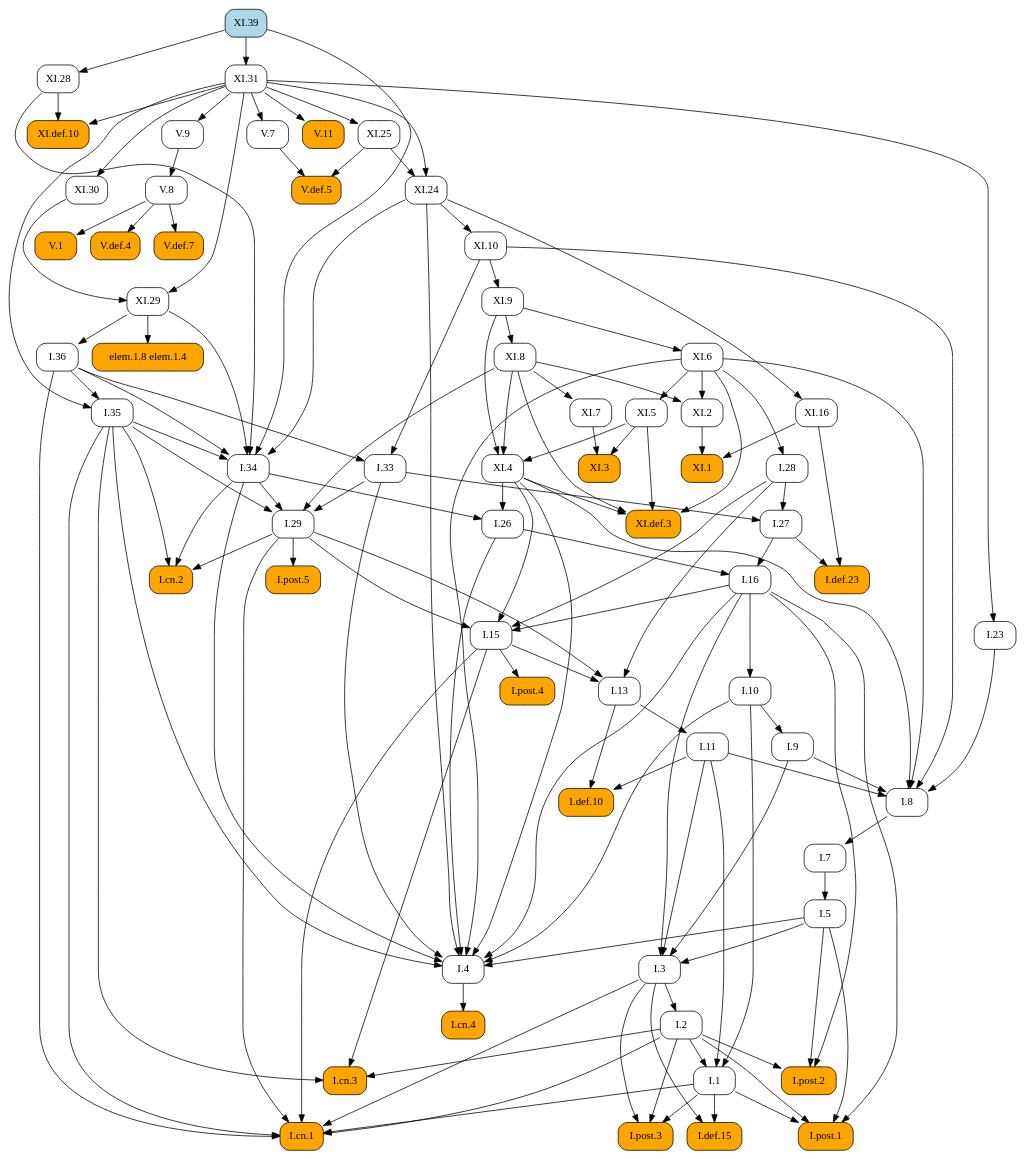
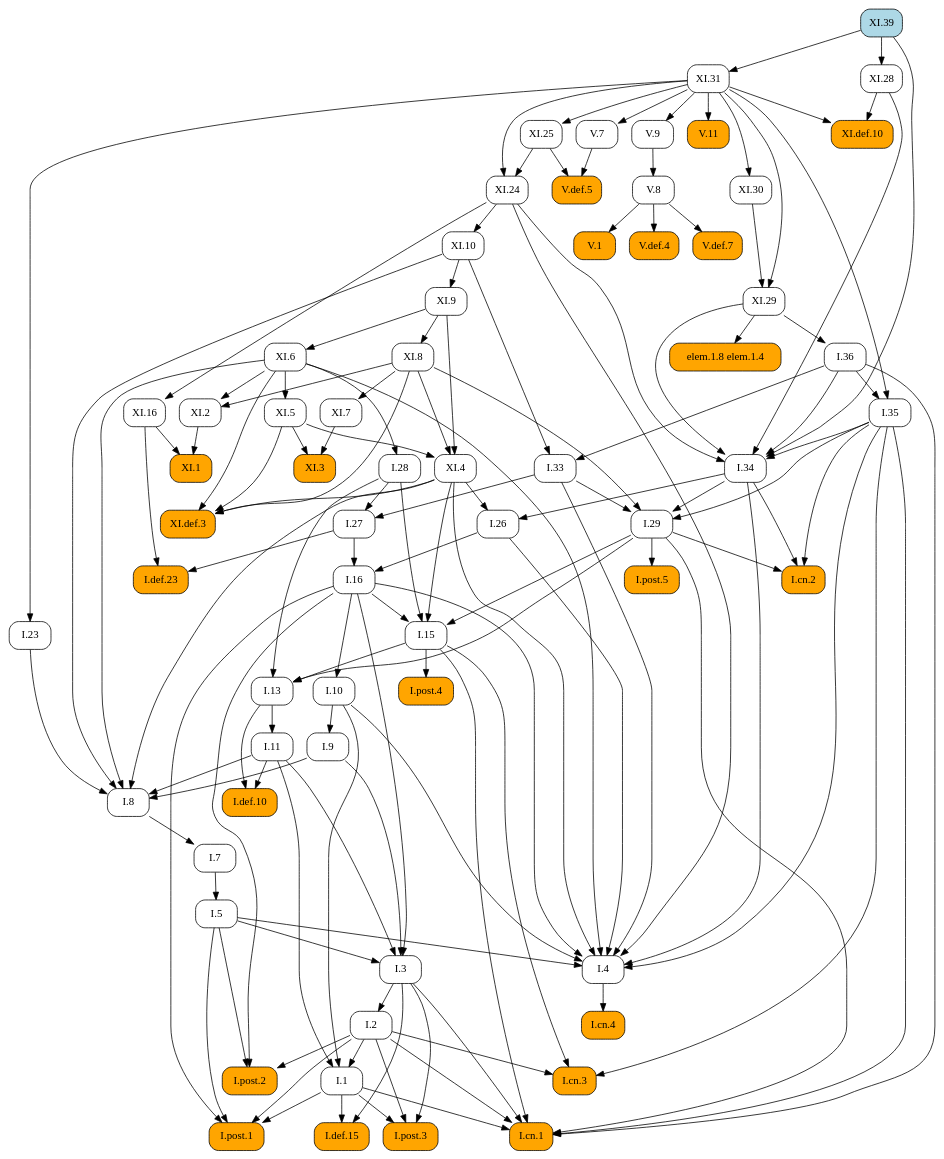
Before and after one commit to geometor/elements: the diagram in docsrc/heath/XI/39/index.rst, drawn with Graphviz. The commit also changed other lines of this file and 1029 other files, not shown here.

```diff
--- a/docsrc/heath/XI/39/index.rst
+++ b/docsrc/heath/XI/39/index.rst
@@ -37,138 +37,148 @@
    digraph {
      rankdir="TB";
      node [shape=box, style=rounded];
+     "I.def.10" [style="rounded,filled", fillcolor=orange, URL="/heath/I/def.10/", target="_top"];
+     "I.11" [URL="/heath/I/11/", target="_top"];
+     "I.post.4" [style="rounded,filled", fillcolor=orange, URL="/heath/I/post.4/", target="_top"];
+     "I.1" [URL="/heath/I/1/", target="_top"];
+     "XI.def.3" [style="rounded,filled", fillcolor=orange, URL="/heath/XI/def.3/", target="_top"];
+     "I.28" [URL="/heath/I/28/", target="_top"];
+     "I.26" [URL="/heath/I/26/", target="_top"];
+     "XI.7" [URL="/heath/XI/7/", target="_top"];
+     "I.29" [URL="/heath/I/29/", target="_top"];
+     "V.def.5" [style="rounded,filled", fillcolor=orange, URL="/heath/V/def.5/", target="_top"];
+     "I.cn.2" [style="rounded,filled", fillcolor=orange, URL="/heath/I/cn.2/", target="_top"];
+     "XI.9" [URL="/heath/XI/9/", target="_top"];
+     "XI.8" [URL="/heath/XI/8/", target="_top"];
+     "V.11" [style="rounded,filled", fillcolor=orange, URL="/heath/V/11/", target="_top"];
+     "XI.30" [URL="/heath/XI/30/", target="_top"];
+     "I.def.15" [style="rounded,filled", fillcolor=orange, URL="/heath/I/def.15/", target="_top"];
+     "I.post.3" [style="rounded,filled", fillcolor=orange, URL="/heath/I/post.3/", target="_top"];
+     "XI.5" [URL="/heath/XI/5/", target="_top"];
+     "XI.1" [style="rounded,filled", fillcolor=orange, URL="/heath/XI/1/", target="_top"];
+     "I.cn.1" [style="rounded,filled", fillcolor=orange, URL="/heath/I/cn.1/", target="_top"];
+     "I.cn.3" [style="rounded,filled", fillcolor=orange, URL="/heath/I/cn.3/", target="_top"];
+     "V.7" [URL="/heath/V/7/", target="_top"];
+     "XI.25" [URL="/heath/XI/25/", target="_top"];
+     "V.9" [URL="/heath/V/9/", target="_top"];
+     "XI.29" [URL="/heath/XI/29/", target="_top"];
+     "XI.2" [URL="/heath/XI/2/", target="_top"];
+     "I.23" [URL="/heath/I/23/", target="_top"];
+     "I.post.1" [style="rounded,filled", fillcolor=orange, URL="/heath/I/post.1/", target="_top"];
+     "XI.6" [URL="/heath/XI/6/", target="_top"];
+     "I.35" [URL="/heath/I/35/", target="_top"];
+     "XI.16" [URL="/heath/XI/16/", target="_top"];
+     "XI.31" [URL="/heath/XI/31/", target="_top"];
+     "V.8" [URL="/heath/V/8/", target="_top"];
+     "I.36" [URL="/heath/I/36/", target="_top"];
+     "I.27" [URL="/heath/I/27/", target="_top"];
+     "I.7" [URL="/heath/I/7/", target="_top"];
+     "I.34" [URL="/heath/I/34/", target="_top"];
+     "I.3" [URL="/heath/I/3/", target="_top"];
+     "I.2" [URL="/heath/I/2/", target="_top"];
+     "I.4" [URL="/heath/I/4/", target="_top"];
+     "I.def.23" [style="rounded,filled", fillcolor=orange, URL="/heath/I/def.23/", target="_top"];
+     "elem.1.8 elem.1.4" [style="rounded,filled", fillcolor=orange];
+     "I.13" [URL="/heath/I/13/", target="_top"];
+     "I.33" [URL="/heath/I/33/", target="_top"];
+     "I.5" [URL="/heath/I/5/", target="_top"];
+     "XI.28" [URL="/heath/XI/28/", target="_top"];
+     "XI.def.10" [style="rounded,filled", fillcolor=orange, URL="/heath/XI/def.10/", target="_top"];
+     "I.post.2" [style="rounded,filled", fillcolor=orange, URL="/heath/I/post.2/", target="_top"];
      "V.1" [style="rounded,filled", fillcolor=orange, URL="/heath/V/1/", target="_top"];
-     "I.cn.3" [style="rounded,filled", fillcolor=orange, URL="/heath/I/cn.3/", target="_top"];
+     "I.16" [URL="/heath/I/16/", target="_top"];
+     "I.9" [URL="/heath/I/9/", target="_top"];
+     "I.8" [URL="/heath/I/8/", target="_top"];
+     "I.cn.4" [style="rounded,filled", fillcolor=orange, URL="/heath/I/cn.4/", target="_top"];
+     "V.def.4" [style="rounded,filled", fillcolor=orange, URL="/heath/V/def.4/", target="_top"];
+     "I.15" [URL="/heath/I/15/", target="_top"];
+     "XI.4" [URL="/heath/XI/4/", target="_top"];
+     "XI.24" [URL="/heath/XI/24/", target="_top"];
+     "I.post.5" [style="rounded,filled", fillcolor=orange, URL="/heath/I/post.5/", target="_top"];
+     "V.def.7" [style="rounded,filled", fillcolor=orange, URL="/heath/V/def.7/", target="_top"];
+     "I.10" [URL="/heath/I/10/", target="_top"];
      "XI.39" [style="rounded,filled", fillcolor=lightblue, URL="/heath/XI/39/", target="_top"];
-     "I.29" [URL="/heath/I/29/", target="_top"];
-     "I.7" [URL="/heath/I/7/", target="_top"];
-     "I.27" [URL="/heath/I/27/", target="_top"];
-     "I.def.23" [style="rounded,filled", fillcolor=orange, URL="/heath/I/def.23/", target="_top"];
-     "I.34" [URL="/heath/I/34/", target="_top"];
-     "I.8" [URL="/heath/I/8/", target="_top"];
-     "I.9" [URL="/heath/I/9/", target="_top"];
-     "V.def.4" [style="rounded,filled", fillcolor=orange, URL="/heath/V/def.4/", target="_top"];
-     "XI.4" [URL="/heath/XI/4/", target="_top"];
-     "V.8" [URL="/heath/V/8/", target="_top"];
-     "I.post.4" [style="rounded,filled", fillcolor=orange, URL="/heath/I/post.4/", target="_top"];
-     "I.2" [URL="/heath/I/2/", target="_top"];
-     "V.7" [URL="/heath/V/7/", target="_top"];
-     "I.1" [URL="/heath/I/1/", target="_top"];
-     "I.def.15" [style="rounded,filled", fillcolor=orange, URL="/heath/I/def.15/", target="_top"];
-     "I.28" [URL="/heath/I/28/", target="_top"];
-     "I.post.1" [style="rounded,filled", fillcolor=orange, URL="/heath/I/post.1/", target="_top"];
-     "XI.1" [style="rounded,filled", fillcolor=orange, URL="/heath/XI/1/", target="_top"];
-     "I.cn.4" [style="rounded,filled", fillcolor=orange, URL="/heath/I/cn.4/", target="_top"];
      "XI.10" [URL="/heath/XI/10/", target="_top"];
-     "I.26" [URL="/heath/I/26/", target="_top"];
-     "XI.28" [URL="/heath/XI/28/", target="_top"];
-     "XI.31" [URL="/heath/XI/31/", target="_top"];
-     "I.33" [URL="/heath/I/33/", target="_top"];
-     "XI.25" [URL="/heath/XI/25/", target="_top"];
-     "V.def.7" [style="rounded,filled", fillcolor=orange, URL="/heath/V/def.7/", target="_top"];
-     "XI.9" [URL="/heath/XI/9/", target="_top"];
-     "I.23" [URL="/heath/I/23/", target="_top"];
-     "I.13" [URL="/heath/I/13/", target="_top"];
-     "I.cn.2" [style="rounded,filled", fillcolor=orange, URL="/heath/I/cn.2/", target="_top"];
-     "I.5" [URL="/heath/I/5/", target="_top"];
-     "I.11" [URL="/heath/I/11/", target="_top"];
-     "XI.def.10" [style="rounded,filled", fillcolor=orange, URL="/heath/XI/def.10/", target="_top"];
-     "I.10" [URL="/heath/I/10/", target="_top"];
-     "I.4" [URL="/heath/I/4/", target="_top"];
-     "XI.5" [URL="/heath/XI/5/", target="_top"];
-     "I.3" [URL="/heath/I/3/", target="_top"];
-     "I.16" [URL="/heath/I/16/", target="_top"];
-     "I.def.10" [style="rounded,filled", fillcolor=orange, URL="/heath/I/def.10/", target="_top"];
-     "V.11" [style="rounded,filled", fillcolor=orange, URL="/heath/V/11/", target="_top"];
-     "XI.def.3" [style="rounded,filled", fillcolor=orange, URL="/heath/XI/def.3/", target="_top"];
-     "XI.29" [URL="/heath/XI/29/", target="_top"];
-     "I.post.2" [style="rounded,filled", fillcolor=orange, URL="/heath/I/post.2/", target="_top"];
-     "XI.2" [URL="/heath/XI/2/", target="_top"];
-     "I.post.3" [style="rounded,filled", fillcolor=orange, URL="/heath/I/post.3/", target="_top"];
-     "I.post.5" [style="rounded,filled", fillcolor=orange, URL="/heath/I/post.5/", target="_top"];
-     "V.9" [URL="/heath/V/9/", target="_top"];
-     "XI.30" [URL="/heath/XI/30/", target="_top"];
-     "XI.6" [URL="/heath/XI/6/", target="_top"];
      "XI.3" [style="rounded,filled", fillcolor=orange, URL="/heath/XI/3/", target="_top"];
-     "XI.7" [URL="/heath/XI/7/", target="_top"];
-     "I.36" [URL="/heath/I/36/", target="_top"];
-     "I.35" [URL="/heath/I/35/", target="_top"];
-     "I.15" [URL="/heath/I/15/", target="_top"];
-     "XI.24" [URL="/heath/XI/24/", target="_top"];
-     "I.cn.1" [style="rounded,filled", fillcolor=orange, URL="/heath/I/cn.1/", target="_top"];
-     "elem.1.8 elem.1.4" [style="rounded,filled", fillcolor=orange];
-     "XI.8" [URL="/heath/XI/8/", target="_top"];
-     "V.def.5" [style="rounded,filled", fillcolor=orange, URL="/heath/V/def.5/", target="_top"];
-     "XI.16" [URL="/heath/XI/16/", target="_top"];
-     "V.8" -> "V.1";
-     "I.2" -> "I.cn.3";
-     "I.15" -> "I.cn.3";
-     "I.35" -> "I.cn.3";
+     "I.11" -> "I.def.10";
+     "I.13" -> "I.def.10";
+     "I.13" -> "I.11";
+     "I.15" -> "I.post.4";
+     "I.2" -> "I.1";
+     "I.10" -> "I.1";
+     "I.11" -> "I.1";
+     "XI.4" -> "XI.def.3";
+     "XI.5" -> "XI.def.3";
+     "XI.6" -> "XI.def.3";
+     "XI.8" -> "XI.def.3";
+     "XI.6" -> "I.28";
+     "I.34" -> "I.26";
+     "XI.4" -> "I.26";
+     "XI.8" -> "XI.7";
      "I.33" -> "I.29";
      "I.34" -> "I.29";
      "I.35" -> "I.29";
      "XI.8" -> "I.29";
-     "I.8" -> "I.7";
+     "V.7" -> "V.def.5";
+     "XI.25" -> "V.def.5";
+     "I.29" -> "I.cn.2";
+     "I.34" -> "I.cn.2";
+     "I.35" -> "I.cn.2";
+     "XI.10" -> "XI.9";
+     "XI.9" -> "XI.8";
+     "XI.31" -> "V.11";
+     "XI.31" -> "XI.30";
+     "I.1" -> "I.def.15";
+     "I.3" -> "I.def.15";
+     "I.1" -> "I.post.3";
+     "I.2" -> "I.post.3";
+     "I.3" -> "I.post.3";
+     "XI.6" -> "XI.5";
+     "XI.2" -> "XI.1";
+     "XI.16" -> "XI.1";
+     "I.1" -> "I.cn.1";
+     "I.2" -> "I.cn.1";
+     "I.3" -> "I.cn.1";
+     "I.15" -> "I.cn.1";
+     "I.29" -> "I.cn.1";
+     "I.35" -> "I.cn.1";
+     "I.36" -> "I.cn.1";
+     "I.2" -> "I.cn.3";
+     "I.15" -> "I.cn.3";
+     "I.35" -> "I.cn.3";
+     "XI.31" -> "V.7";
+     "XI.31" -> "XI.25";
+     "XI.31" -> "V.9";
+     "XI.30" -> "XI.29";
+     "XI.31" -> "XI.29";
+     "XI.6" -> "XI.2";
+     "XI.8" -> "XI.2";
+     "XI.31" -> "I.23";
+     "I.1" -> "I.post.1";
+     "I.2" -> "I.post.1";
+     "I.5" -> "I.post.1";
+     "I.16" -> "I.post.1";
+     "XI.9" -> "XI.6";
+     "I.36" -> "I.35";
+     "XI.31" -> "I.35";
+     "XI.24" -> "XI.16";
+     "XI.39" -> "XI.31";
+     "V.9" -> "V.8";
+     "XI.29" -> "I.36";
      "I.28" -> "I.27";
      "I.33" -> "I.27";
-     "I.27" -> "I.def.23";
-     "XI.16" -> "I.def.23";
+     "I.8" -> "I.7";
      "I.35" -> "I.34";
      "I.36" -> "I.34";
      "XI.24" -> "I.34";
      "XI.28" -> "I.34";
      "XI.29" -> "I.34";
      "XI.39" -> "I.34";
-     "I.9" -> "I.8";
-     "I.11" -> "I.8";
-     "I.23" -> "I.8";
-     "XI.4" -> "I.8";
-     "XI.6" -> "I.8";
-     "XI.10" -> "I.8";
-     "I.10" -> "I.9";
-     "V.8" -> "V.def.4";
-     "XI.5" -> "XI.4";
-     "XI.8" -> "XI.4";
-     "XI.9" -> "XI.4";
-     "V.9" -> "V.8";
-     "I.15" -> "I.post.4";
+     "I.5" -> "I.3";
+     "I.9" -> "I.3";
+     "I.11" -> "I.3";
+     "I.16" -> "I.3";
      "I.3" -> "I.2";
-     "XI.31" -> "V.7";
-     "I.2" -> "I.1";
-     "I.10" -> "I.1";
-     "I.11" -> "I.1";
-     "I.1" -> "I.def.15";
-     "I.3" -> "I.def.15";
-     "XI.6" -> "I.28";
-     "I.1" -> "I.post.1";
-     "I.2" -> "I.post.1";
-     "I.5" -> "I.post.1";
-     "I.16" -> "I.post.1";
-     "XI.2" -> "XI.1";
-     "XI.16" -> "XI.1";
-     "I.4" -> "I.cn.4";
-     "XI.24" -> "XI.10";
-     "I.34" -> "I.26";
-     "XI.4" -> "I.26";
-     "XI.39" -> "XI.28";
-     "XI.39" -> "XI.31";
-     "I.36" -> "I.33";
-     "XI.10" -> "I.33";
-     "XI.31" -> "XI.25";
-     "V.8" -> "V.def.7";
-     "XI.10" -> "XI.9";
-     "XI.31" -> "I.23";
-     "I.15" -> "I.13";
-     "I.28" -> "I.13";
-     "I.29" -> "I.13";
-     "I.29" -> "I.cn.2";
-     "I.34" -> "I.cn.2";
-     "I.35" -> "I.cn.2";
-     "I.7" -> "I.5";
-     "I.13" -> "I.11";
-     "XI.28" -> "XI.def.10";
-     "XI.31" -> "XI.def.10";
-     "I.16" -> "I.10";
      "I.5" -> "I.4";
      "I.10" -> "I.4";
      "I.16" -> "I.4";
@@ -179,56 +189,46 @@
      "XI.4" -> "I.4";
      "XI.6" -> "I.4";
      "XI.24" -> "I.4";
-     "XI.6" -> "XI.5";
-     "I.5" -> "I.3";
-     "I.9" -> "I.3";
-     "I.11" -> "I.3";
-     "I.16" -> "I.3";
-     "I.26" -> "I.16";
-     "I.27" -> "I.16";
-     "I.11" -> "I.def.10";
-     "I.13" -> "I.def.10";
-     "XI.31" -> "V.11";
-     "XI.4" -> "XI.def.3";
-     "XI.5" -> "XI.def.3";
-     "XI.6" -> "XI.def.3";
-     "XI.8" -> "XI.def.3";
-     "XI.30" -> "XI.29";
-     "XI.31" -> "XI.29";
+     "I.27" -> "I.def.23";
+     "XI.16" -> "I.def.23";
+     "XI.29" -> "elem.1.8 elem.1.4";
+     "I.15" -> "I.13";
+     "I.28" -> "I.13";
+     "I.29" -> "I.13";
+     "I.36" -> "I.33";
+     "XI.10" -> "I.33";
+     "I.7" -> "I.5";
+     "XI.39" -> "XI.28";
+     "XI.28" -> "XI.def.10";
+     "XI.31" -> "XI.def.10";
      "I.2" -> "I.post.2";
      "I.5" -> "I.post.2";
      "I.16" -> "I.post.2";
-     "XI.6" -> "XI.2";
-     "XI.8" -> "XI.2";
-     "I.1" -> "I.post.3";
-     "I.2" -> "I.post.3";
-     "I.3" -> "I.post.3";
-     "I.29" -> "I.post.5";
-     "XI.31" -> "V.9";
-     "XI.31" -> "XI.30";
-     "XI.9" -> "XI.6";
-     "XI.5" -> "XI.3";
-     "XI.7" -> "XI.3";
-     "XI.8" -> "XI.7";
-     "XI.29" -> "I.36";
-     "I.36" -> "I.35";
-     "XI.31" -> "I.35";
+     "V.8" -> "V.1";
+     "I.26" -> "I.16";
+     "I.27" -> "I.16";
+     "I.10" -> "I.9";
+     "I.9" -> "I.8";
+     "I.11" -> "I.8";
+     "I.23" -> "I.8";
+     "XI.4" -> "I.8";
+     "XI.6" -> "I.8";
+     "XI.10" -> "I.8";
+     "I.4" -> "I.cn.4";
+     "V.8" -> "V.def.4";
      "I.16" -> "I.15";
      "I.28" -> "I.15";
      "I.29" -> "I.15";
      "XI.4" -> "I.15";
+     "XI.5" -> "XI.4";
+     "XI.8" -> "XI.4";
+     "XI.9" -> "XI.4";
      "XI.25" -> "XI.24";
      "XI.31" -> "XI.24";
-     "I.1" -> "I.cn.1";
-     "I.2" -> "I.cn.1";
-     "I.3" -> "I.cn.1";
-     "I.15" -> "I.cn.1";
-     "I.29" -> "I.cn.1";
-     "I.35" -> "I.cn.1";
-     "I.36" -> "I.cn.1";
-     "XI.29" -> "elem.1.8 elem.1.4";
-     "XI.9" -> "XI.8";
-     "V.7" -> "V.def.5";
-     "XI.25" -> "V.def.5";
-     "XI.24" -> "XI.16";
+     "I.29" -> "I.post.5";
+     "V.8" -> "V.def.7";
+     "I.16" -> "I.10";
+     "XI.24" -> "XI.10";
+     "XI.5" -> "XI.3";
+     "XI.7" -> "XI.3";
    }
```
